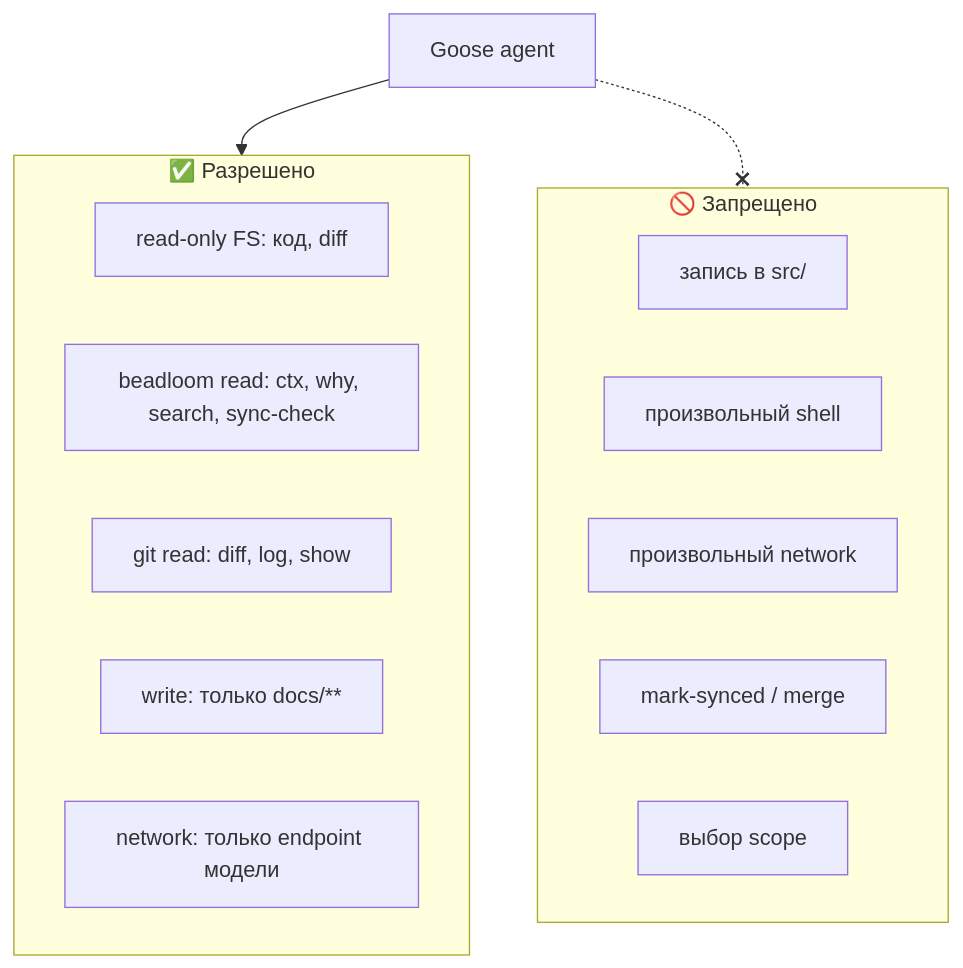
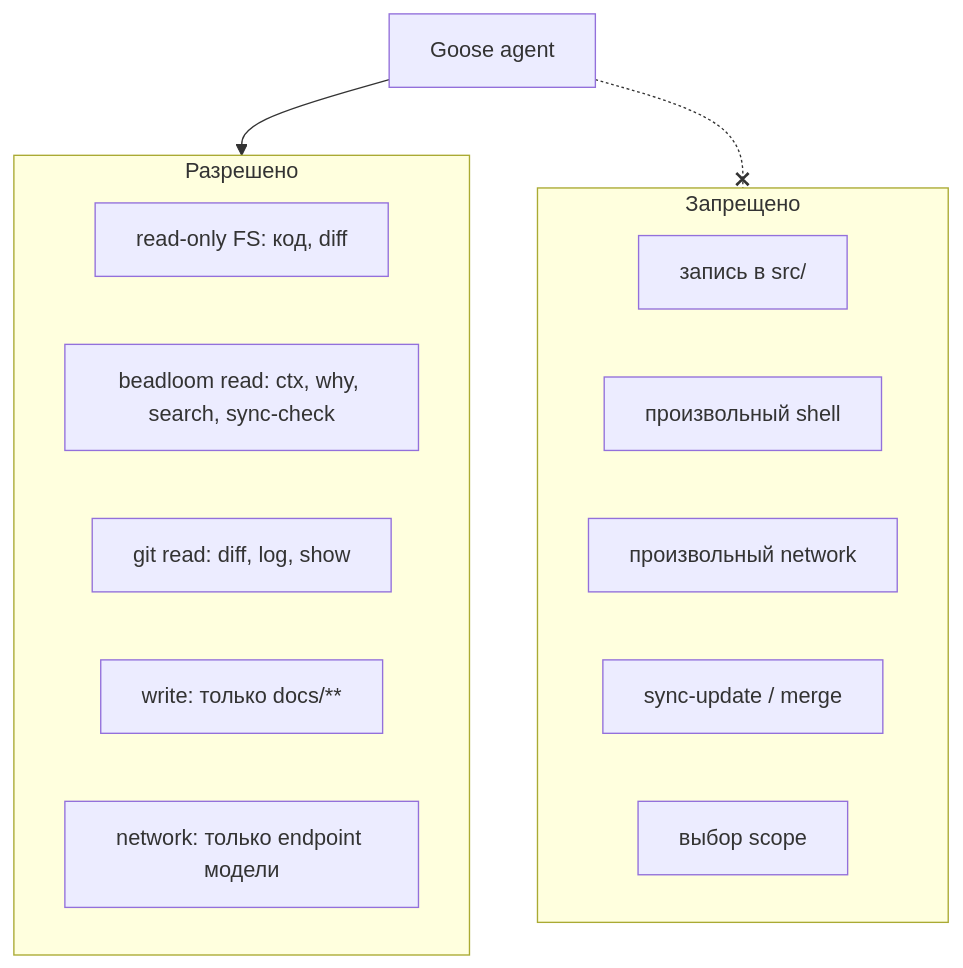
Before and after one commit to zoologov/beadloom: the eighth of 11 diagrams in .claude/development/docs/BDL-AI-AGENTS-ARCHITECTURE.md, drawn with Mermaid. The commit also changed other lines of this file and 50 other files, not shown here.

````diff
--- a/.claude/development/docs/BDL-AI-AGENTS-ARCHITECTURE.md
+++ b/.claude/development/docs/BDL-AI-AGENTS-ARCHITECTURE.md
@@ -384,23 +438,23 @@
 ```mermaid
 flowchart TB
   GOOSE["Goose agent"]
 
-  subgraph ALLOWED["✅ Разрешено"]
+  subgraph ALLOWED["Разрешено"]
     R1["read-only FS: код, diff"]
     R2["beadloom read: ctx, why, search, sync-check"]
     R3["git read: diff, log, show"]
     R4["write: только docs/**"]
     R5["network: только endpoint модели"]
   end
 
-  subgraph FORBIDDEN["🚫 Запрещено"]
+  subgraph FORBIDDEN["Запрещено"]
     F1["запись в src/"]
     F2["произвольный shell"]
     F3["произвольный network"]
-    F4["mark-synced / merge"]
+    F4["sync-update / merge"]
     F5["выбор scope"]
   end
 
   GOOSE --> ALLOWED
   GOOSE -.-x FORBIDDEN
 ```
````
